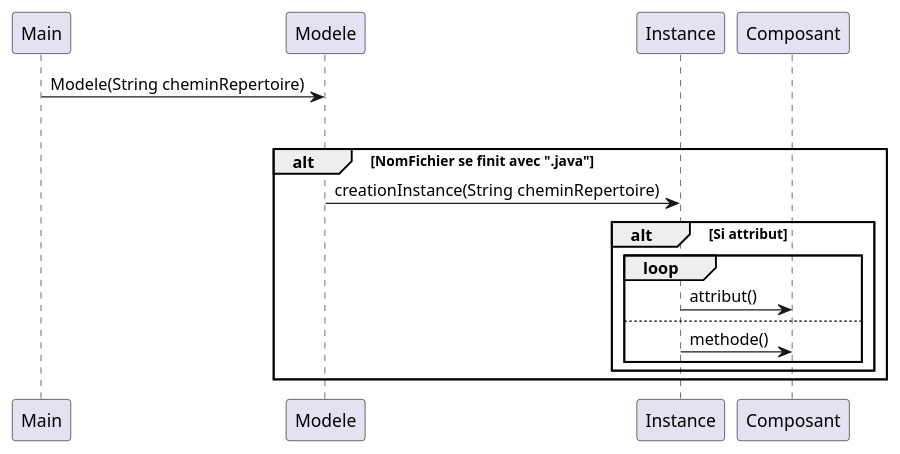
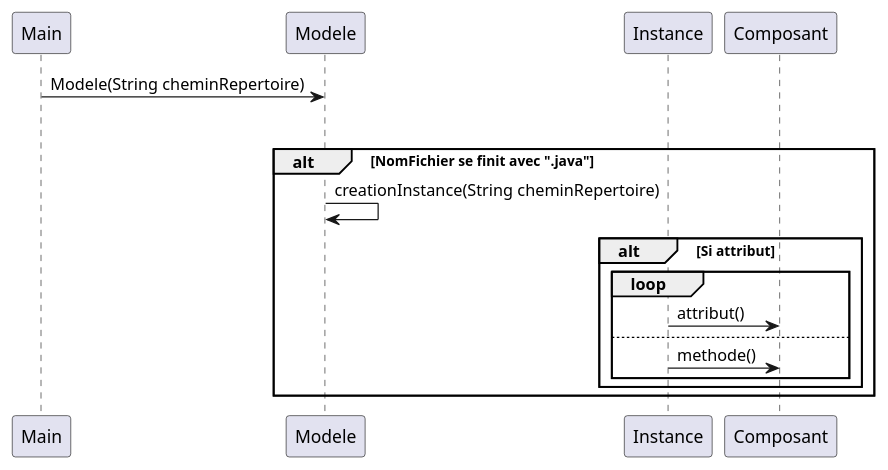
The diagram in demo/Conception/Sprint_1/Sequ_ConstructeurModele.puml (Cedran-Bastien/GENERATION-AUTOMATIQUE-DE-DIAGRAMME-DE-CLASSES), drawn with PlantUML before and after one commit. The commit also changed 5 other files, not shown here.

```diff
--- a/demo/Conception/Sprint_1/Sequ_ConstructeurModele.puml
+++ b/demo/Conception/Sprint_1/Sequ_ConstructeurModele.puml
@@ -1,24 +1,24 @@
 @startuml
 'https://plantuml.com/sequence-diagram
 
 participant Main
 participant Modele
 participant Instance
 participant Composant
 
 
 
  Main -> Modele: Modele(String cheminRepertoire)
 
 loop Instance instance : List<Fichier>
 alt NomFichier se finit avec ".java"
-Modele->Instance:creationInstance(String cheminRepertoire)
+Modele->Modele:creationInstance(String cheminRepertoire)
 alt Si attribut
 loop
 Instance->Composant:attribut()
 else
 Instance->Composant:methode()
 end
 end
 end
 @enduml
```
